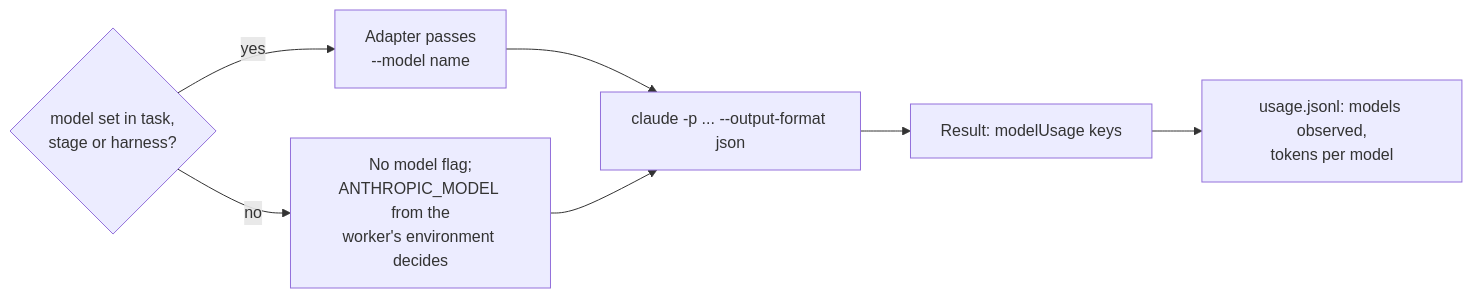
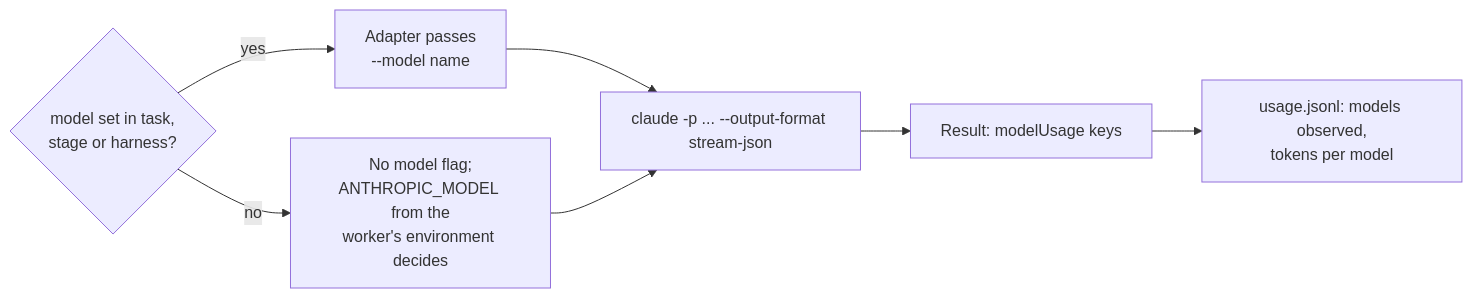
The first of 2 diagrams in docs/design/modules/09-worker-adapters-and-governed-helpers.md (plaktoz/factory), drawn with Mermaid before and after one commit. The commit also changed other lines of this file and 7 other files, not shown here.

First line of the commit message:
Stream a running Claude task's log as plain text

````diff
--- a/docs/design/modules/09-worker-adapters-and-governed-helpers.md
+++ b/docs/design/modules/09-worker-adapters-and-governed-helpers.md
@@ -60,9 +60,9 @@
 ```mermaid
 flowchart LR
   cfg{"model set in task,<br/>stage or harness?"} -- yes --> flag["Adapter passes<br/>--model name"]
   cfg -- no --> none["No model flag;<br/>ANTHROPIC_MODEL from the<br/>worker's environment decides"]
-  flag --> run["claude -p ... --output-format json"]
+  flag --> run["claude -p ... --output-format stream-json"]
   none --> run
   run --> res["Result: modelUsage keys"]
   res --> rec["usage.jsonl: models observed,<br/>tokens per model"]
 ```
````
